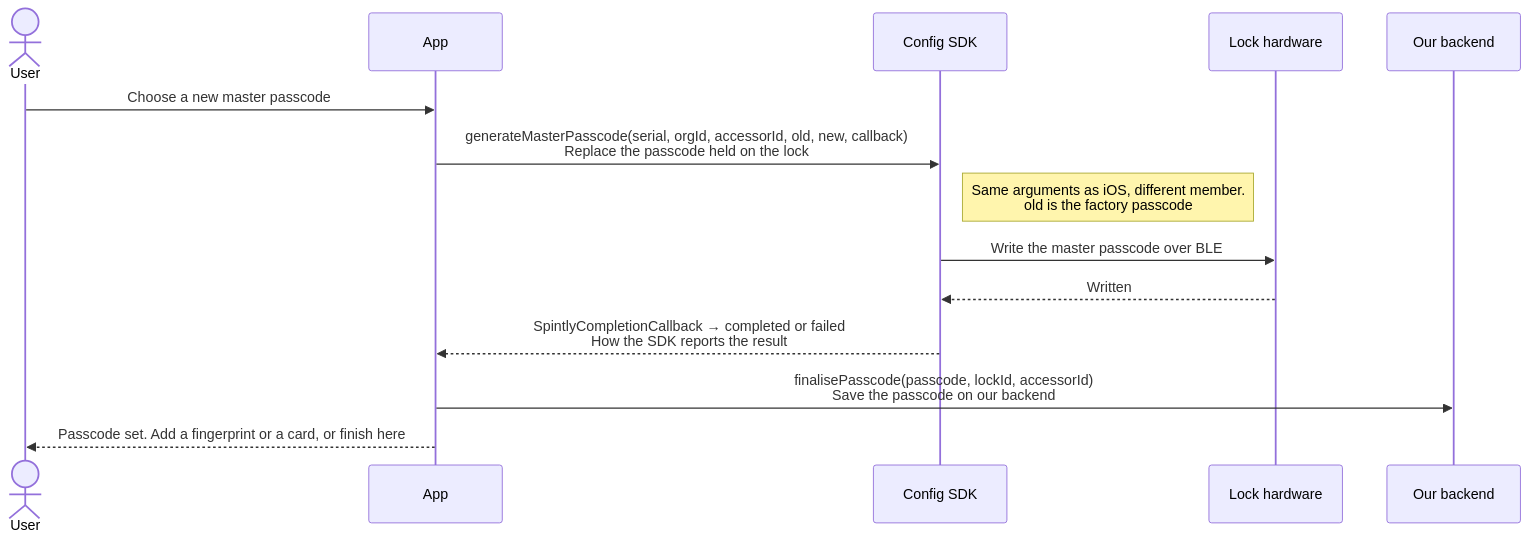
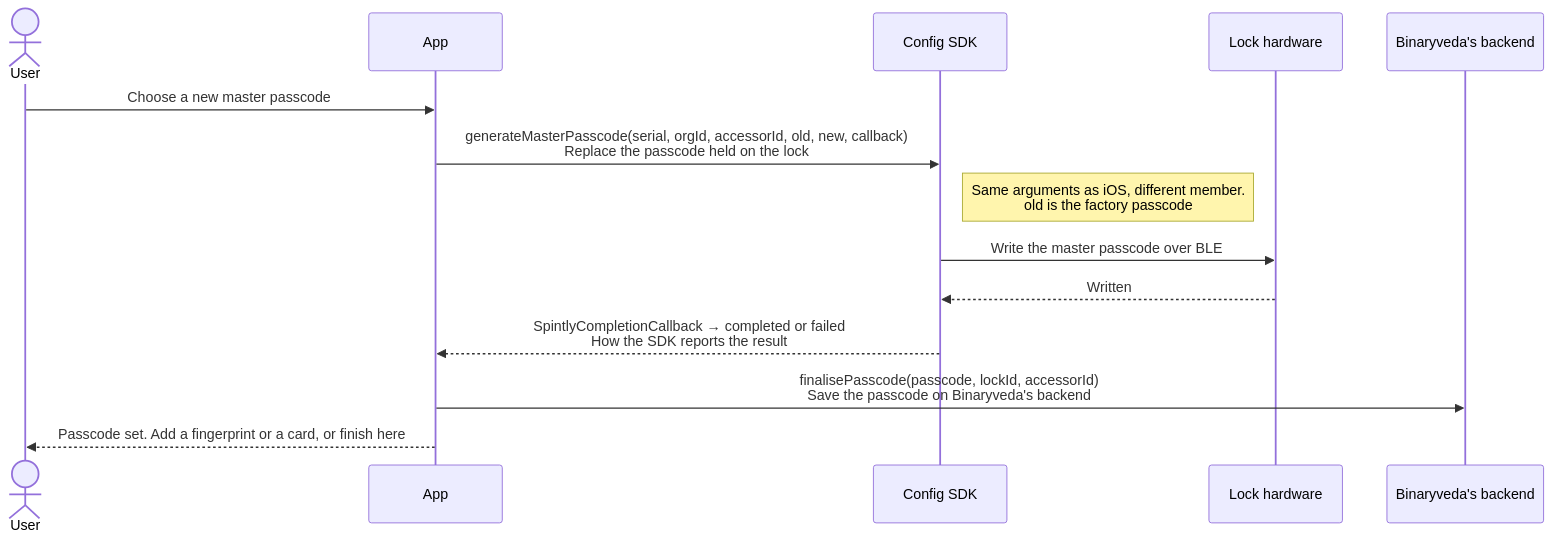
Before and after one commit to Yash-Wadatkar-Binaryveda/sdk-docs-site: diagram 12 of 16 in docs/lock-onboarding.md, drawn with Mermaid. The commit also changed other lines of this file and 3 other files, not shown here.

First line of the commit message:
Update documentation to reflect Binaryveda's backend and clarify SDK interactions

````diff
--- a/docs/lock-onboarding.md
+++ b/docs/lock-onboarding.md
@@ -429,17 +453,17 @@
     ```mermaid
     sequenceDiagram
         actor U as User
         participant A as App
         participant C as Config SDK
         participant L as Lock hardware
-        participant B as Our backend
+        participant B as Binaryveda's backend
 
         U->>A: Choose a new master passcode
         A->>C: generateMasterPasscode(serial, orgId, accessorId, old, new, callback)<br/>Replace the passcode held on the lock
         Note right of C: Same arguments as iOS, different member.<br/>old is the factory passcode
         C->>L: Write the master passcode over BLE
         L-->>C: Written
         C-->>A: SpintlyCompletionCallback → completed or failed<br/>How the SDK reports the result
-        A->>B: finalisePasscode(passcode, lockId, accessorId)<br/>Save the passcode on our backend
+        A->>B: finalisePasscode(passcode, lockId, accessorId)<br/>Save the passcode on Binaryveda's backend
         A-->>U: Passcode set. Add a fingerprint or a card, or finish here
     ```
````
